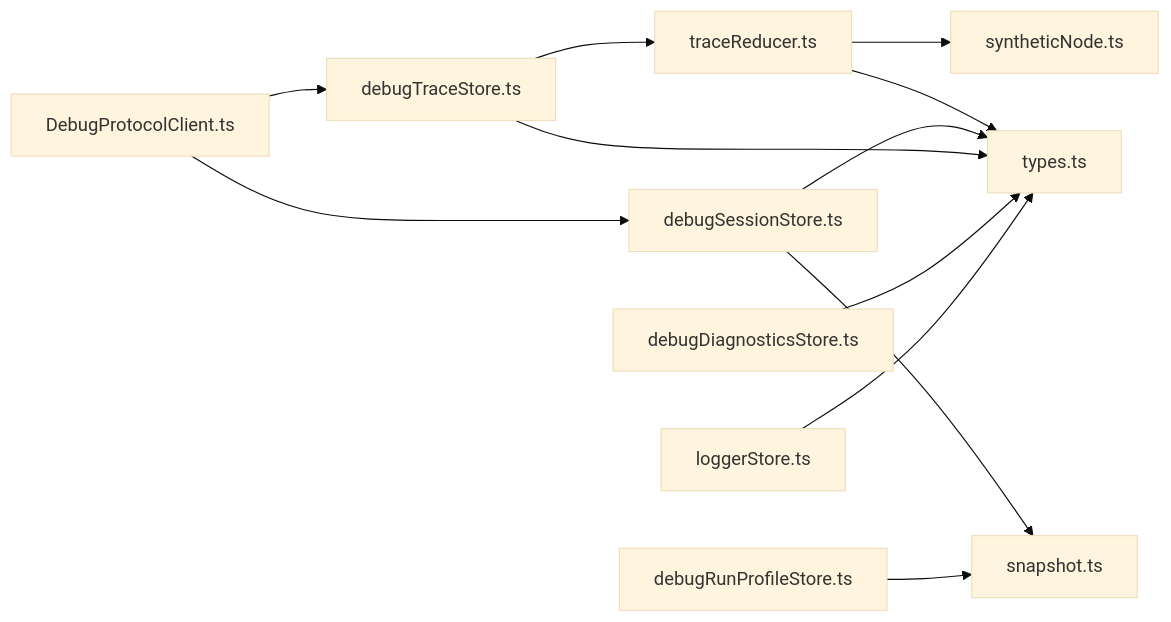
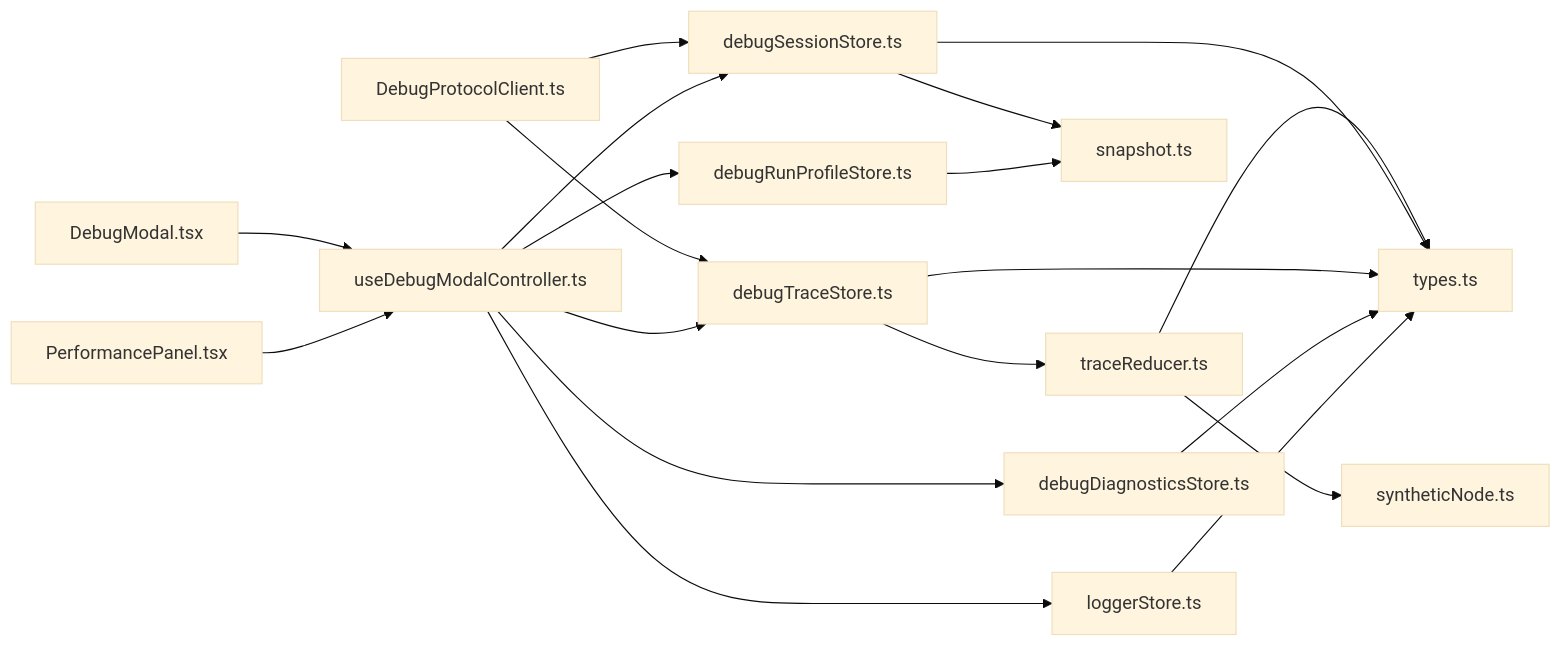
One commit to kqcoxn/MaaPipelineEditor changed the seventh of 7 diagrams in .qoder/repowiki/zh/content/调试与诊断/性能监控.md. Above: the diagram before and after it, drawn with Mermaid (base theme). The commit also changed other lines of this file and 19 other files, not shown here.

````diff
--- a/.qoder/repowiki/zh/content/调试与诊断/性能监控.md
+++ b/.qoder/repowiki/zh/content/调试与诊断/性能监控.md
@@ -357,14 +446,21 @@
 ```mermaid
 graph LR
 DPC["DebugProtocolClient.ts"] --> DSS["debugSessionStore.ts"]
 DPC --> DTS["debugTraceStore.ts"]
 DTS --> TR["traceReducer.ts"]
 TR --> TYPES["types.ts"]
 TR --> SN["syntheticNode.ts"]
 DSS --> SNAP["snapshot.ts"]
 DRPS["debugRunProfileStore.ts"] --> SNAP
 DSS --> TYPES
 DTS --> TYPES
 DDS["debugDiagnosticsStore.ts"] --> TYPES
 LS["loggerStore.ts"] --> TYPES
+DMC["useDebugModalController.ts"] --> DTS
+DMC --> DSS
+DMC --> DRPS
+DMC --> DDS
+DMC --> LS
+DM["DebugModal.tsx"] --> DMC
+PP["PerformancePanel.tsx"] --> DMC
 ```
````
